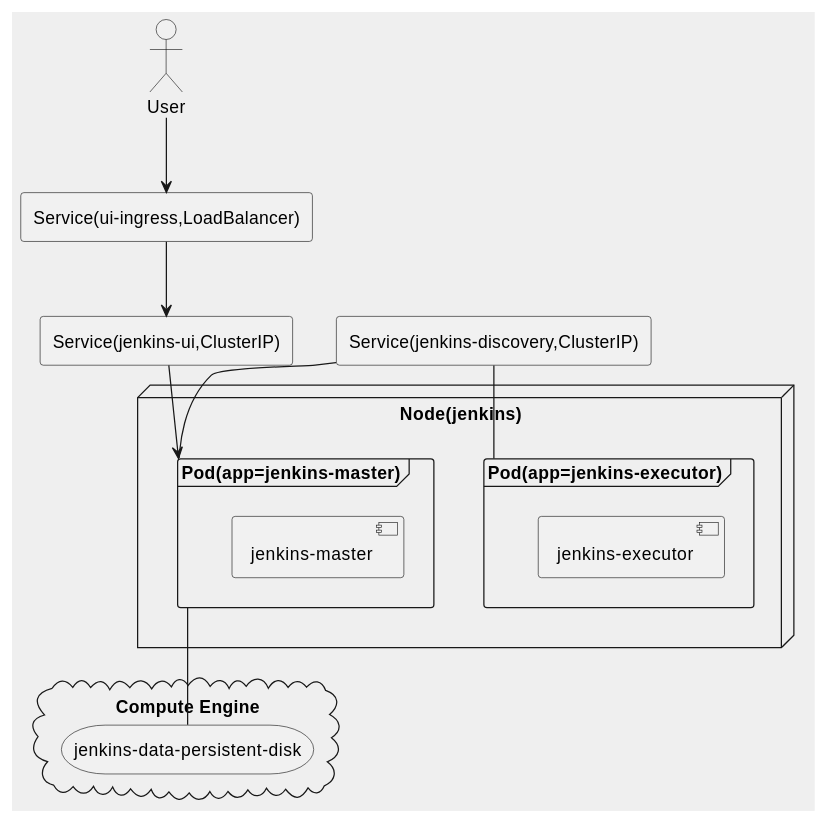
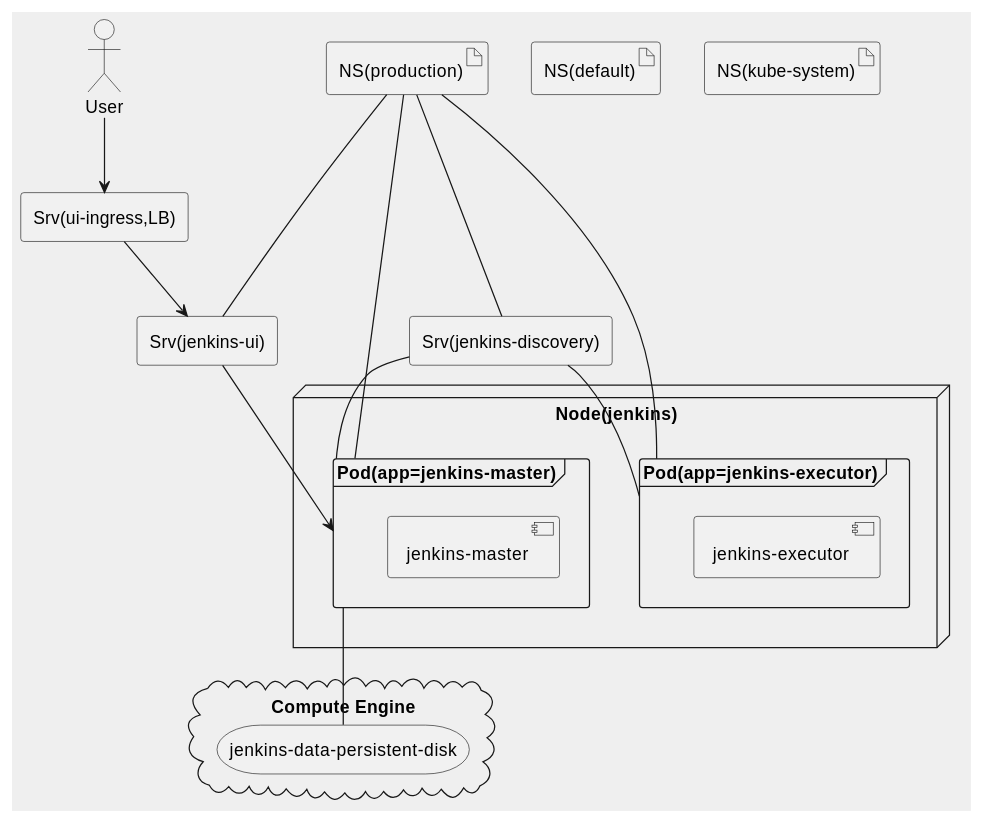
Before and after one commit to nabinno/dojo: the diagram in qwiklabs/continuous_delivery_with_jenkins_in_kubernetes_engine.md, drawn with PlantUML. The commit also changed other lines of this file and 2 other files, not shown here.

Commit message:
Complete Qwiklabs - Continuous Delivery with Jenkins in Kubernetes Engine.

````diff
--- a/qwiklabs/continuous_delivery_with_jenkins_in_kubernetes_engine.md
+++ b/qwiklabs/continuous_delivery_with_jenkins_in_kubernetes_engine.md
@@ -30,28 +30,36 @@
 ```uml
 skinparam monochrome true
 skinparam backgroundColor #EEEEFF
 
 actor User as U
-agent "Service(ui-ingress,LoadBalancer)" as S1
-agent "Service(jenkins-ui,ClusterIP)" as S2
-agent "Service(jenkins-discovery,ClusterIP)" as S3
+agent "Srv(ui-ingress,LB)" as S1
+agent "Srv(jenkins-ui)" as S2
+agent "Srv(jenkins-discovery)" as S3
+
+artifact "NS(default)" as NS1
+artifact "NS(kube-system)" as NS2
+artifact "NS(production)" as NS3
 
 node Node(jenkins) {
   frame Pod(app=jenkins-master) as P11 {
     component "jenkins-master"
   }
   frame Pod(app=jenkins-executor) as P12 {
     component "jenkins-executor"
   }
 }
 cloud "Compute Engine" {
   storage "jenkins-data-persistent-disk" as D
 }
 
 U --> S1
 S1 --> S2
 S2 --> P11
 S3 -- P11
 S3 -- P12
 P11 -- D
+NS3 --- S2
+NS3 --- S3
+NS3 --- P11
+NS3 --- P12
 ```
````
